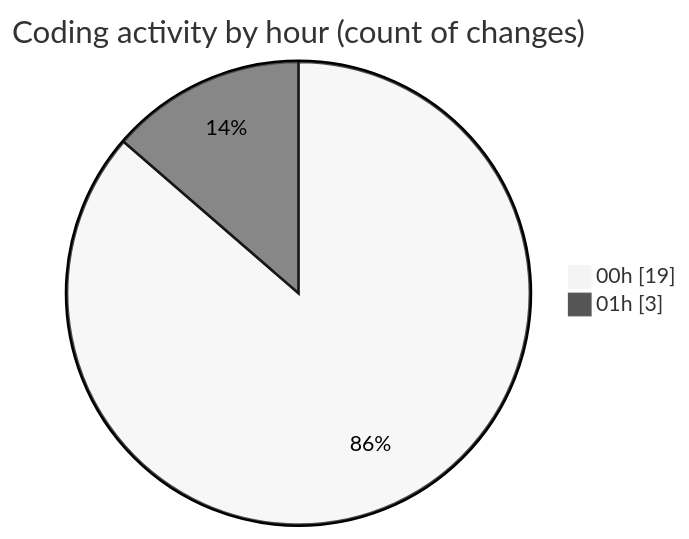
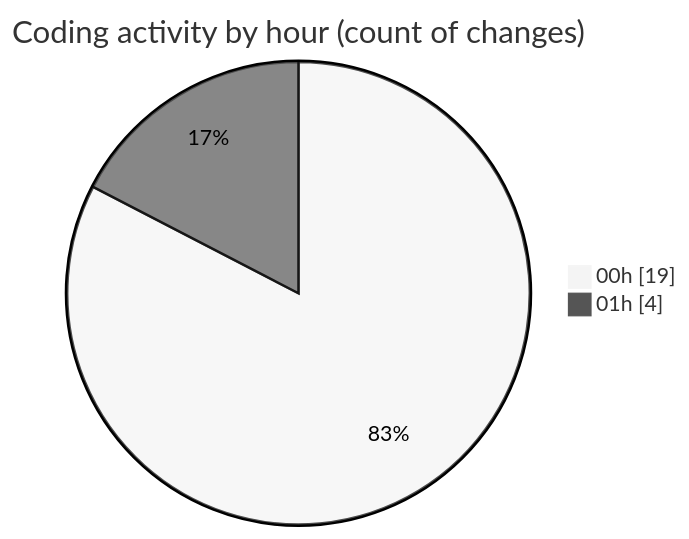
One commit to Elitesun/code-tracking changed the second of 2 diagrams in 2025-02-14/elitegpt/README.md. Above: the diagram before and after it, drawn with Mermaid (neutral theme). The commit also changed other lines of this file and 1 other file, not shown here.

````diff
--- a/2025-02-14/elitegpt/README.md
+++ b/2025-02-14/elitegpt/README.md
@@ -32,6 +32,6 @@
 ```mermaid
 pie showData
 title Coding activity by hour (count of changes)
 "00h" : 19
-"01h" : 3
+"01h" : 4
 ```
````
